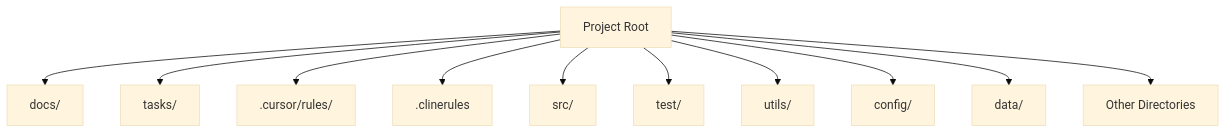
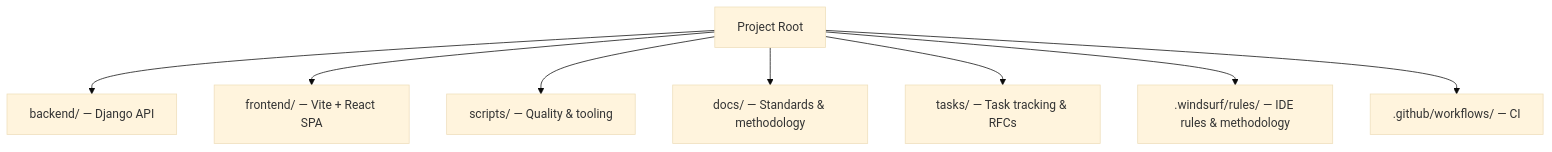
One commit to gustavop-dev/fernando_aragon_project changed the diagram in .windsurf/rules/methodology/directory-structure.md. Above: the diagram before and after it, drawn with Mermaid (base theme). The commit also changed 5 other files, not shown here.

Commit message:
DOCS: Update methodology documentation for Windsurf compatibility

````diff
--- a/.windsurf/rules/methodology/directory-structure.md
+++ b/.windsurf/rules/methodology/directory-structure.md
@@ -6,14 +6,11 @@
 ```mermaid
 flowchart TD
     Root[Project Root]
-    Root --> Docs[docs/]
-    Root --> Tasks[tasks/]
-    Root --> Cursor[.cursor/rules/]
-    Root --> CLINE[.clinerules]
-    Root --> SourceCode[src/]
-    Root --> Test[test/]
-    Root --> Utils[utils/]
-    Root --> Config[config/]
-    Root --> Data[data/]
-    Root --> Other[Other Directories]
+    Root --> Backend[backend/ — Django API]
+    Root --> Frontend[frontend/ — Vite + React SPA]
+    Root --> Scripts[scripts/ — Quality & tooling]
+    Root --> Docs[docs/ — Standards & methodology]
+    Root --> Tasks[tasks/ — Task tracking & RFCs]
+    Root --> Windsurf[.windsurf/rules/ — IDE rules & methodology]
+    Root --> GitHub[.github/workflows/ — CI]
 ```
````
